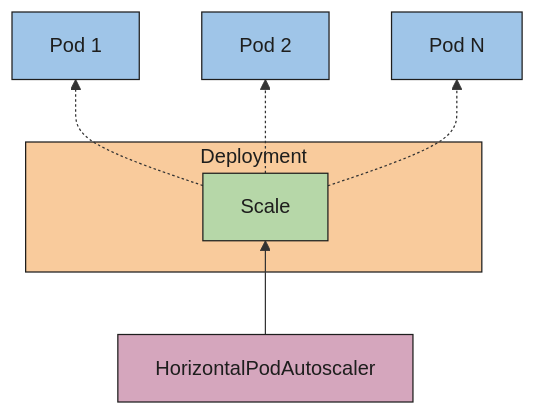
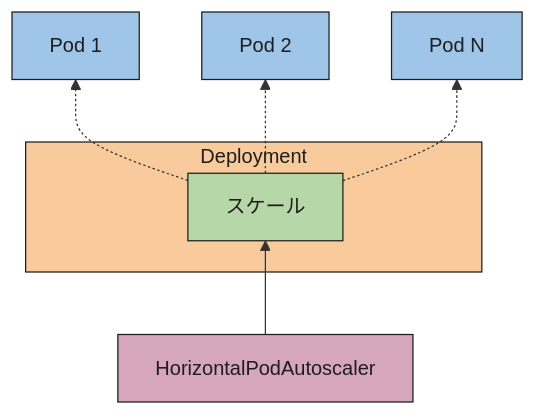
One commit to kubernetes/website changed the diagram in content/ja/docs/concepts/workloads/autoscaling/horizontal-pod-autoscale.md. Above: the diagram before and after it, drawn with Mermaid.

Commit message:
Localize 'Scale' to 'スケール' in mermaid diagram

```diff
--- a/content/ja/docs/concepts/workloads/autoscaling/horizontal-pod-autoscale.md
+++ b/content/ja/docs/concepts/workloads/autoscaling/horizontal-pod-autoscale.md
@@ -33,22 +33,22 @@
 {{< mermaid >}}
 graph BT
 
-hpa[HorizontalPodAutoscaler] --> scale[Scale]
+hpa[HorizontalPodAutoscaler] --> scale[スケール]
 
 subgraph rc[Deployment]
     scale
 end
 
 scale -.-> pod1[Pod 1]
 scale -.-> pod2[Pod 2]
 scale -.-> pod3[Pod N]
 
 classDef hpa fill:#D5A6BD,stroke:#1E1E1D,stroke-width:1px,color:#1E1E1D;
 classDef rc fill:#F9CB9C,stroke:#1E1E1D,stroke-width:1px,color:#1E1E1D;
 classDef scale fill:#B6D7A8,stroke:#1E1E1D,stroke-width:1px,color:#1E1E1D;
 classDef pod fill:#9FC5E8,stroke:#1E1E1D,stroke-width:1px,color:#1E1E1D;
 class hpa hpa;
 class rc rc;
 class scale scale;
 class pod1,pod2,pod3 pod
 {{< /mermaid >}}
```
